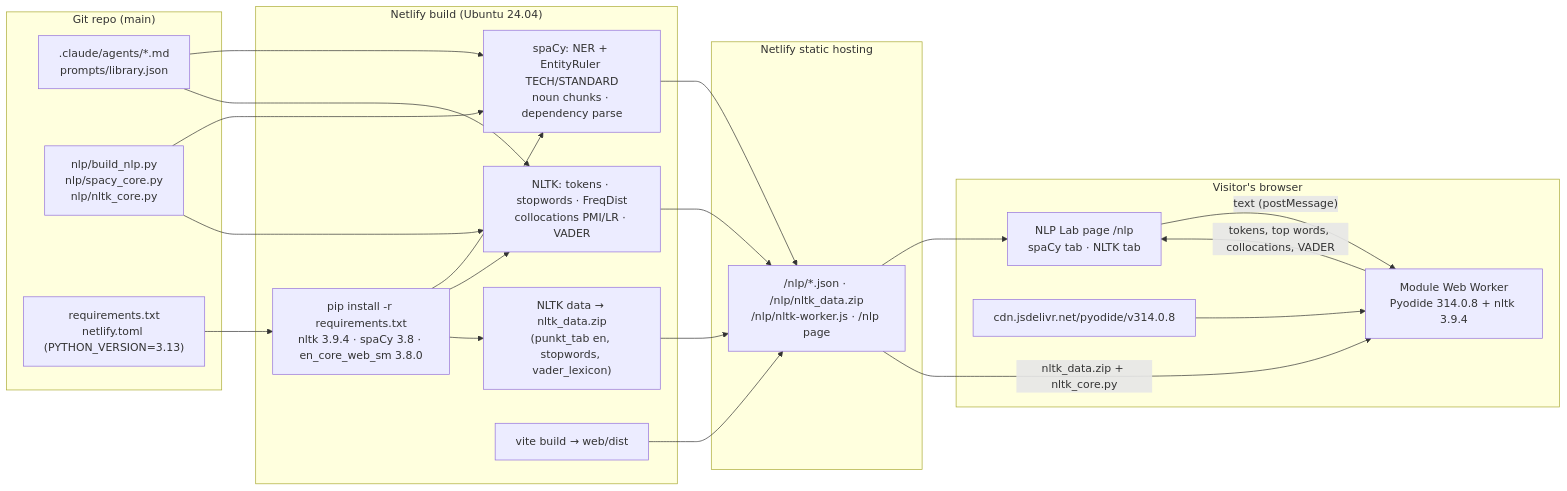
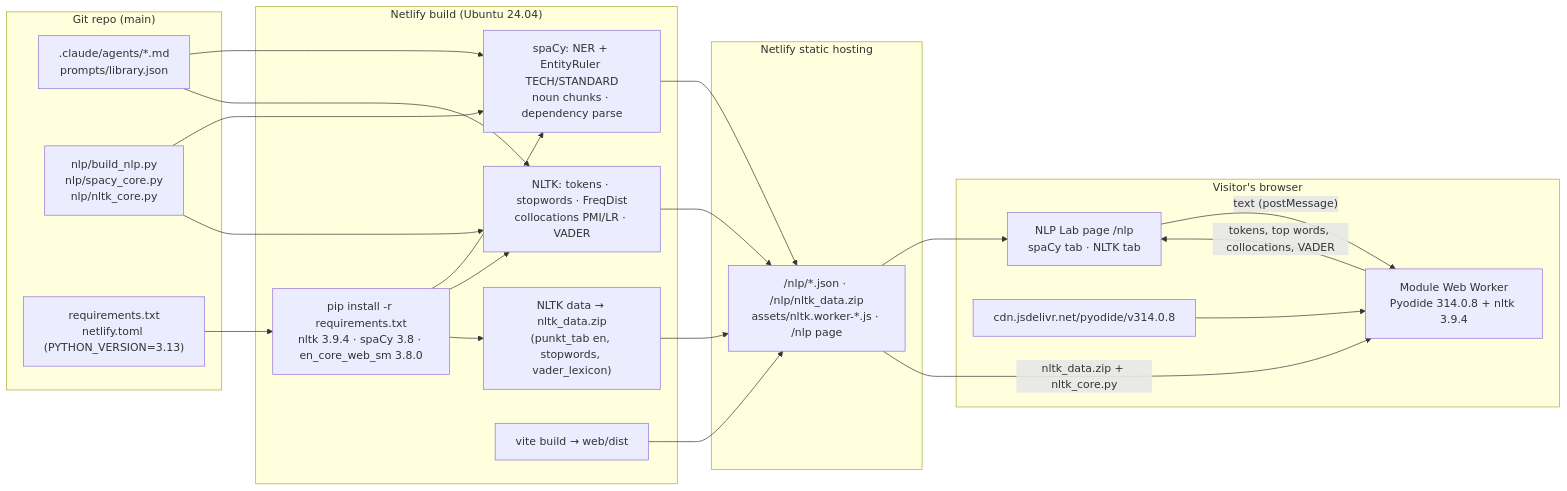
Before and after one commit to jonathanwmartineza-collab/NLPFinalJM: the diagram in docs/research/07-architecture.md, drawn with Mermaid. The commit also changed other lines of this file and 35 other files, not shown here.

````diff
--- a/docs/research/07-architecture.md
+++ b/docs/research/07-architecture.md
@@ -9,34 +9,34 @@
 ```mermaid
 flowchart LR
   subgraph Repo["Git repo (main)"]
     A[".claude/agents/*.md<br/>prompts/library.json"]
     P["nlp/build_nlp.py<br/>nlp/spacy_core.py<br/>nlp/nltk_core.py"]
     R["requirements.txt<br/>netlify.toml (PYTHON_VERSION=3.13)"]
   end
   subgraph Build["Netlify build (Ubuntu 24.04)"]
     I["pip install -r requirements.txt<br/>nltk 3.9.4 · spaCy 3.8 · en_core_web_sm 3.8.0"]
     S["spaCy: NER + EntityRuler TECH/STANDARD<br/>noun chunks · dependency parse"]
     N["NLTK: tokens · stopwords · FreqDist<br/>collocations PMI/LR · VADER"]
     D["NLTK data → nltk_data.zip<br/>(punkt_tab en, stopwords, vader_lexicon)"]
     V["vite build → web/dist"]
   end
   subgraph CDN["Netlify static hosting"]
-    J["/nlp/*.json · /nlp/nltk_data.zip<br/>/nlp/nltk-worker.js · /nlp page"]
+    J["/nlp/*.json · /nlp/nltk_data.zip<br/>assets/nltk.worker-*.js · /nlp page"]
   end
   subgraph Browser["Visitor's browser"]
     UI["NLP Lab page /nlp<br/>spaCy tab · NLTK tab"]
     W["Module Web Worker<br/>Pyodide 314.0.8 + nltk 3.9.4"]
     JD["cdn.jsdelivr.net/pyodide/v314.0.8"]
   end
   R --> I
   A --> S & N
   P --> S & N
   I --> S & N & D
   S & N & D --> J
   V --> J
   J --> UI
   UI -- "text (postMessage)" --> W
   JD --> W
   J -- "nltk_data.zip + nltk_core.py" --> W
   W -- "tokens, top words, collocations, VADER" --> UI
 ```
````
